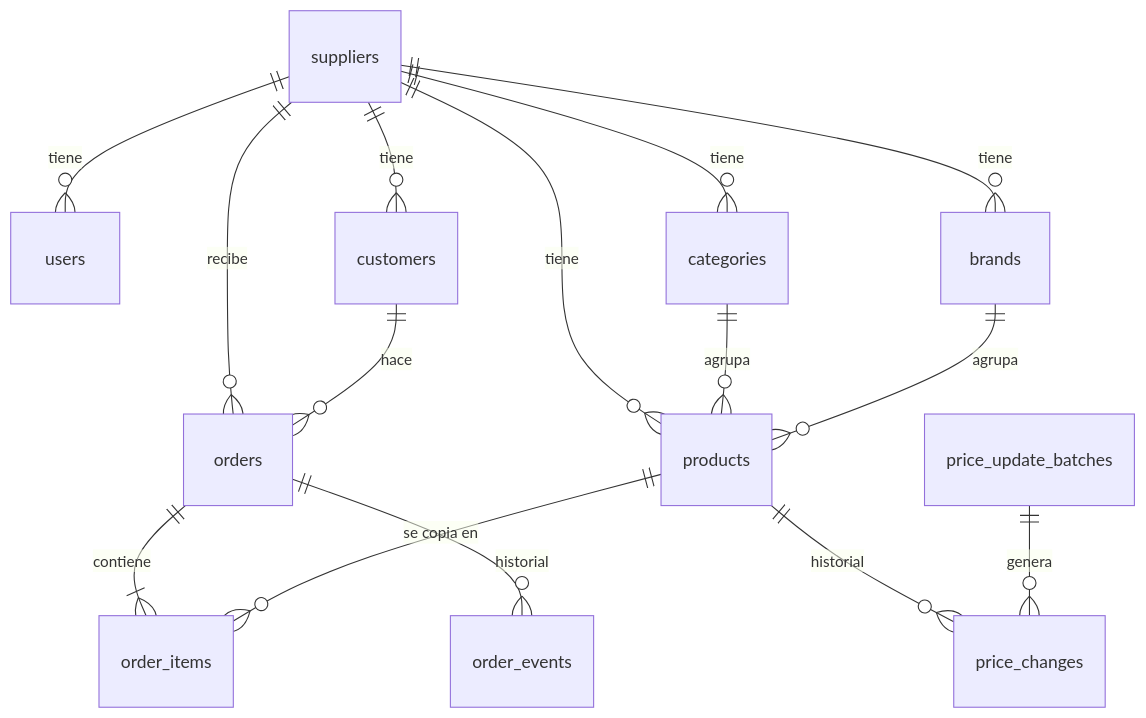
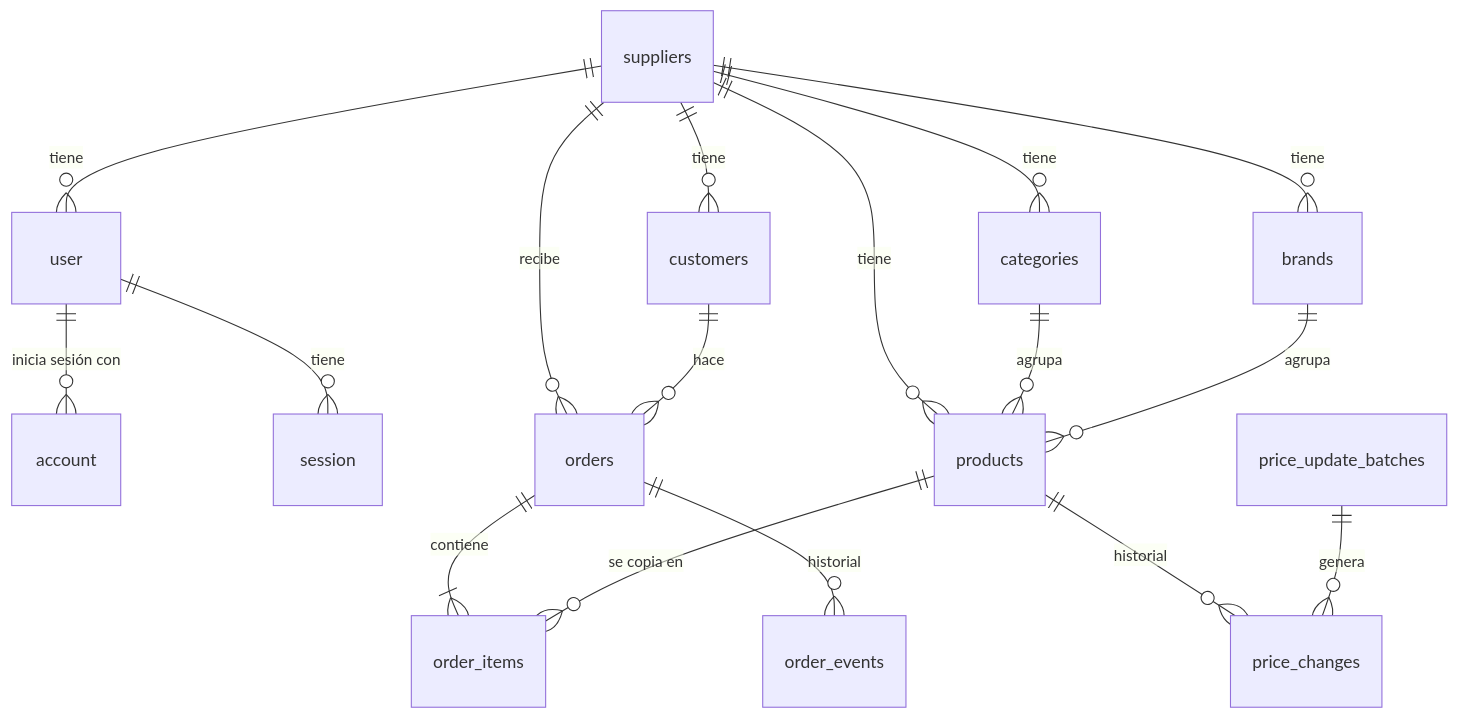
Before and after one commit to joseGiraudo/pedidos-app: the diagram in docs/modelo-de-datos.md, drawn with Mermaid. The commit also changed other lines of this file and 5 other files, not shown here.

````diff
--- a/docs/modelo-de-datos.md
+++ b/docs/modelo-de-datos.md
@@ -5,17 +5,19 @@
 ```mermaid
 erDiagram
-  suppliers ||--o{ users : "tiene"
+  suppliers ||--o{ user : "tiene"
+  user ||--o{ account : "inicia sesión con"
+  user ||--o{ session : "tiene"
   suppliers ||--o{ customers : "tiene"
   suppliers ||--o{ categories : "tiene"
   suppliers ||--o{ brands : "tiene"
   suppliers ||--o{ products : "tiene"
   suppliers ||--o{ orders : "recibe"
   categories ||--o{ products : "agrupa"
   brands ||--o{ products : "agrupa"
   products ||--o{ price_changes : "historial"
   price_update_batches ||--o{ price_changes : "genera"
   customers ||--o{ orders : "hace"
   orders ||--|{ order_items : "contiene"
   orders ||--o{ order_events : "historial"
   products ||--o{ order_items : "se copia en"
 ```
````
